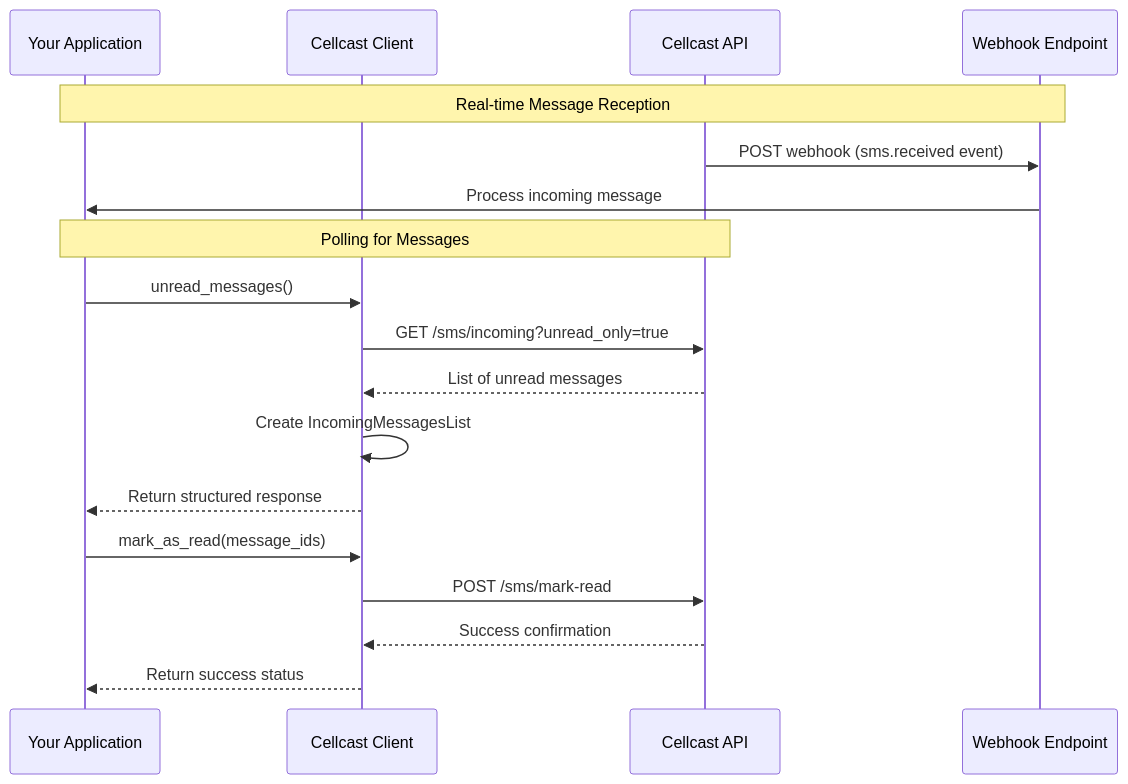
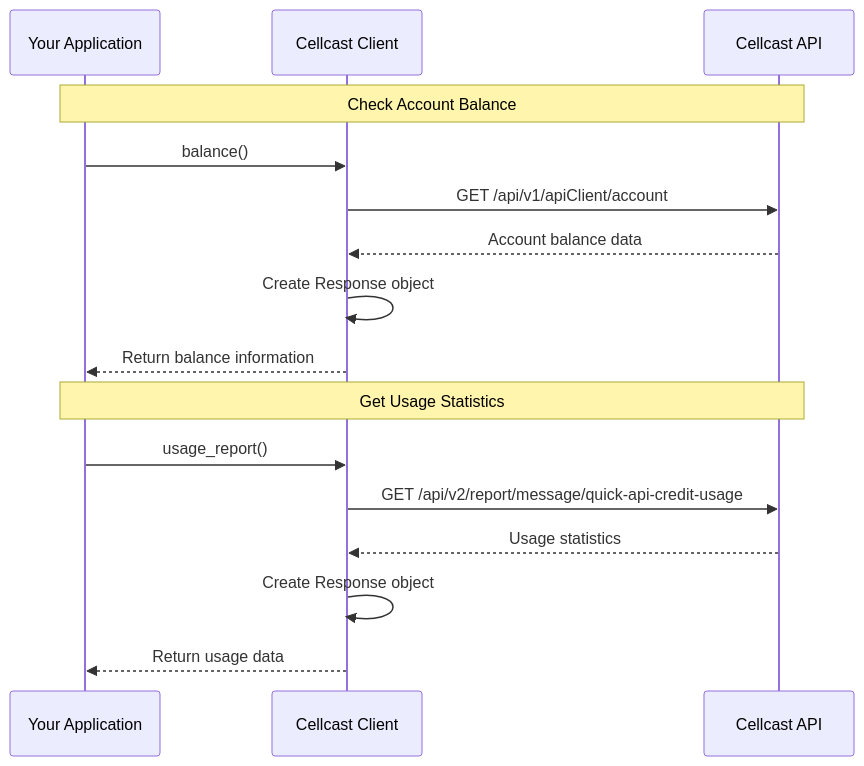
The second of 3 diagrams in DEVELOPER.md (timburgan/cellcast-sms), drawn with Mermaid before and after one commit. The commit also changed other lines of this file and 2 other files, not shown here.

Commit message:
Update documentation to reflect API endpoint changes - remove references to undocumented endpoints

````diff
--- a/DEVELOPER.md
+++ b/DEVELOPER.md
@@ -93,25 +93,22 @@
 ```mermaid
 sequenceDiagram
     participant App as Your Application
     participant Client as Cellcast Client
     participant API as Cellcast API
-    participant Webhook as Webhook Endpoint
 
-    Note over App,Webhook: Real-time Message Reception
-
-    API->>Webhook: POST webhook (sms.received event)
-    Webhook->>App: Process incoming message
+    Note over App,API: Check Account Balance
     
-    Note over App,API: Polling for Messages
+    App->>Client: balance()
+    Client->>API: GET /api/v1/apiClient/account
+    API-->>Client: Account balance data
+    Client->>Client: Create Response object
+    Client-->>App: Return balance information
     
-    App->>Client: unread_messages()
-    Client->>API: GET /sms/incoming?unread_only=true
-    API-->>Client: List of unread messages
-    Client->>Client: Create IncomingMessagesList
-    Client-->>App: Return structured response
+    Note over App,API: Get Usage Statistics
     
-    App->>Client: mark_as_read(message_ids)
-    Client->>API: POST /sms/mark-read
-    API-->>Client: Success confirmation
-    Client-->>App: Return success status
+    App->>Client: usage_report()
+    Client->>API: GET /api/v2/report/message/quick-api-credit-usage
+    API-->>Client: Usage statistics
+    Client->>Client: Create Response object
+    Client-->>App: Return usage data
 ```
````
